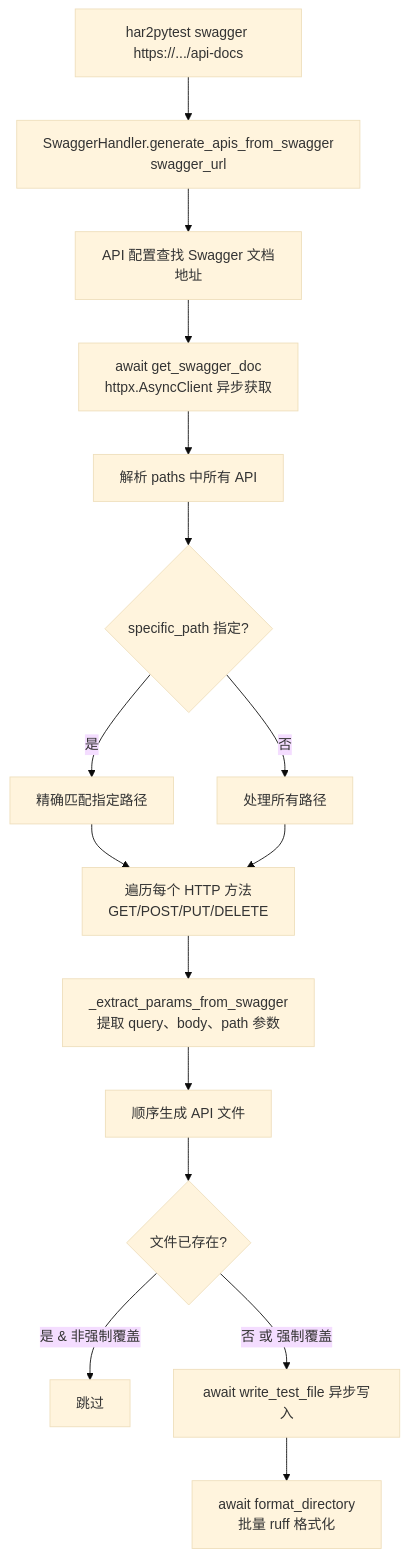
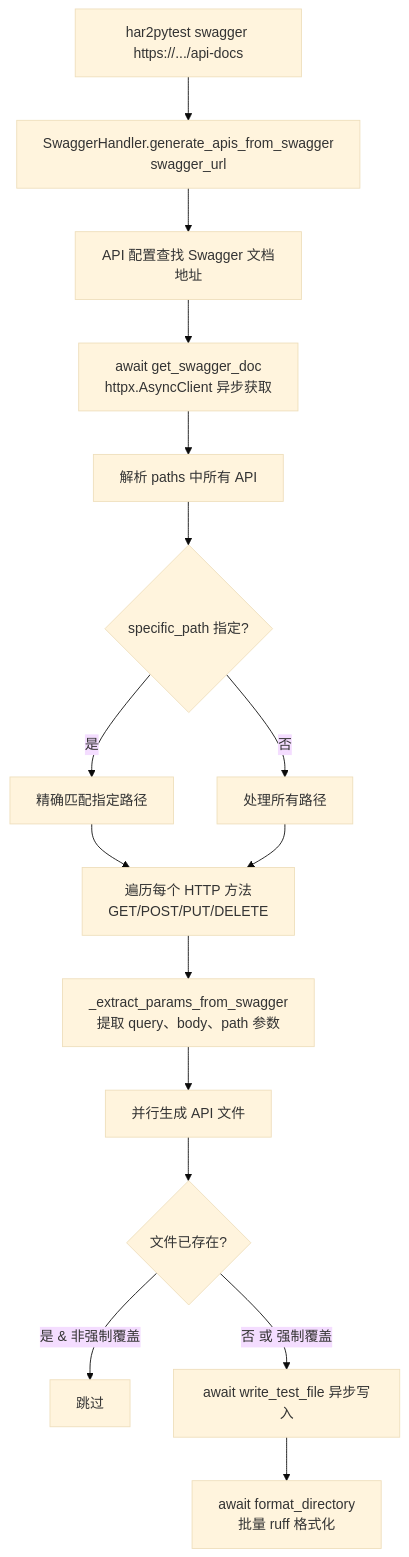
One commit to hewei198711/har2pytest changed the second of 2 diagrams in docs/api_file_generation.md. Above: the diagram before and after it, drawn with Mermaid (base theme). The commit also changed other lines of this file and 30 other files, not shown here.

````diff
--- a/docs/api_file_generation.md
+++ b/docs/api_file_generation.md
@@ -242,19 +242,19 @@
 ```mermaid
 flowchart TD
     A[har2pytest swagger https://.../api-docs] --> B[SwaggerHandler.generate_apis_from_swagger<br/>swagger_url]
     B --> C[API 配置查找 Swagger 文档地址]
     C --> D[await get_swagger_doc<br/>httpx.AsyncClient 异步获取]
     D --> E[解析 paths 中所有 API]
     E --> F{specific_path 指定?}
     F -->|是| G[精确匹配指定路径]
     F -->|否| H[处理所有路径]
     G --> I
     H --> I
     I[遍历每个 HTTP 方法<br/>GET/POST/PUT/DELETE]
     I --> K[_extract_params_from_swagger<br/>提取 query、body、path 参数]
-    K --> L[顺序生成 API 文件]
+    K --> L[并行生成 API 文件]
     L --> M{文件已存在?}
     M -->|是 & 非强制覆盖| N[跳过]
     M -->|否 或 强制覆盖| O[await write_test_file 异步写入]
     O --> P[await format_directory<br/>批量 ruff 格式化]
 ```
````
